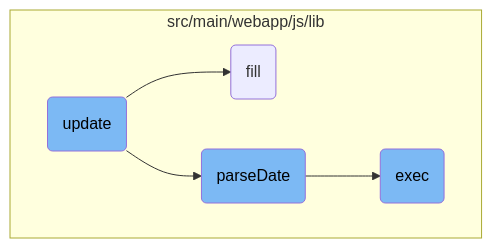
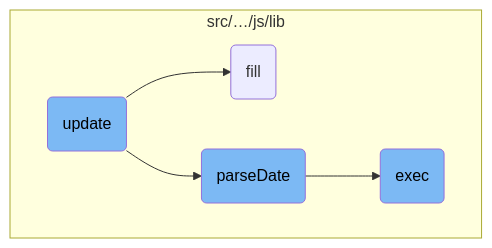
Before and after one commit to Swimm-Demo/greenfield-ecommerce: the third of 3 diagrams in .swm/handling-clicks-in-datepicker.pcr0fw1d.sw.md, drawn with Mermaid. The commit also changed other lines of this file, not shown here.

````diff
--- a/.swm/handling-clicks-in-datepicker.pcr0fw1d.sw.md
+++ b/.swm/handling-clicks-in-datepicker.pcr0fw1d.sw.md
@@ -278,42 +278,42 @@
 ```mermaid
 graph TD;
-      subgraph src/main/webapp/js/lib
+      subgraph "src/…/js/lib"
 bb4ba648bc3810a172b8e3bdda1d4fb698a676cbc1ce1bfd0933c921cb0be128(update):::mainFlowStyle --> 5011f9474dee0e0405fb8996a869aaff1bc0517f50e773abb996e79485926e89(fill)
 end
 
-subgraph src/main/webapp/js/lib
+subgraph "src/…/js/lib"
 bb4ba648bc3810a172b8e3bdda1d4fb698a676cbc1ce1bfd0933c921cb0be128(update):::mainFlowStyle --> 50ab64824b3f640c78afe95fb03fc21531de62eca0527b089442316b416fe9c1(parseDate):::mainFlowStyle
 end
 
-subgraph src/main/webapp/js/lib
+subgraph "src/…/js/lib"
 50ab64824b3f640c78afe95fb03fc21531de62eca0527b089442316b416fe9c1(parseDate):::mainFlowStyle --> 9d565e6fede5bda4f279be66ab7c3984d668f9d3a43c5443e4d00e3fbf4ddd4a(exec):::mainFlowStyle
 end
 
 
       classDef mainFlowStyle color:#000000,fill:#7CB9F4
 classDef rootsStyle color:#000000,fill:#00FFF4
 classDef Style1 color:#000000,fill:#00FFAA
 classDef Style2 color:#000000,fill:#FFFF00
 classDef Style3 color:#000000,fill:#AA7CB9
 
 %% Swimm:
 %% graph TD;
-%%       subgraph <SwmPath>[src/main/webapp/js/lib/](src/main/webapp/js/lib/)</SwmPath>
+%%       subgraph "<SwmPath>[src/…/js/lib/](src/main/webapp/js/lib/)</SwmPath>"
 %% bb4ba648bc3810a172b8e3bdda1d4fb698a676cbc1ce1bfd0933c921cb0be128(update):::mainFlowStyle --> 5011f9474dee0e0405fb8996a869aaff1bc0517f50e773abb996e79485926e89(fill)
 %% end
 %% 
-%% subgraph <SwmPath>[src/main/webapp/js/lib/](src/main/webapp/js/lib/)</SwmPath>
+%% subgraph "<SwmPath>[src/…/js/lib/](src/main/webapp/js/lib/)</SwmPath>"
 %% bb4ba648bc3810a172b8e3bdda1d4fb698a676cbc1ce1bfd0933c921cb0be128(update):::mainFlowStyle --> 50ab64824b3f640c78afe95fb03fc21531de62eca0527b089442316b416fe9c1(parseDate):::mainFlowStyle
 %% end
 %% 
-%% subgraph <SwmPath>[src/main/webapp/js/lib/](src/main/webapp/js/lib/)</SwmPath>
+%% subgraph "<SwmPath>[src/…/js/lib/](src/main/webapp/js/lib/)</SwmPath>"
 %% 50ab64824b3f640c78afe95fb03fc21531de62eca0527b089442316b416fe9c1(parseDate):::mainFlowStyle --> 9d565e6fede5bda4f279be66ab7c3984d668f9d3a43c5443e4d00e3fbf4ddd4a(exec):::mainFlowStyle
 %% end
 %% 
 %% 
 %%       classDef mainFlowStyle color:#000000,fill:#7CB9F4
 %% classDef rootsStyle color:#000000,fill:#00FFF4
 %% classDef Style1 color:#000000,fill:#00FFAA
 %% classDef Style2 color:#000000,fill:#FFFF00
 %% classDef Style3 color:#000000,fill:#AA7CB9
 ```
````
